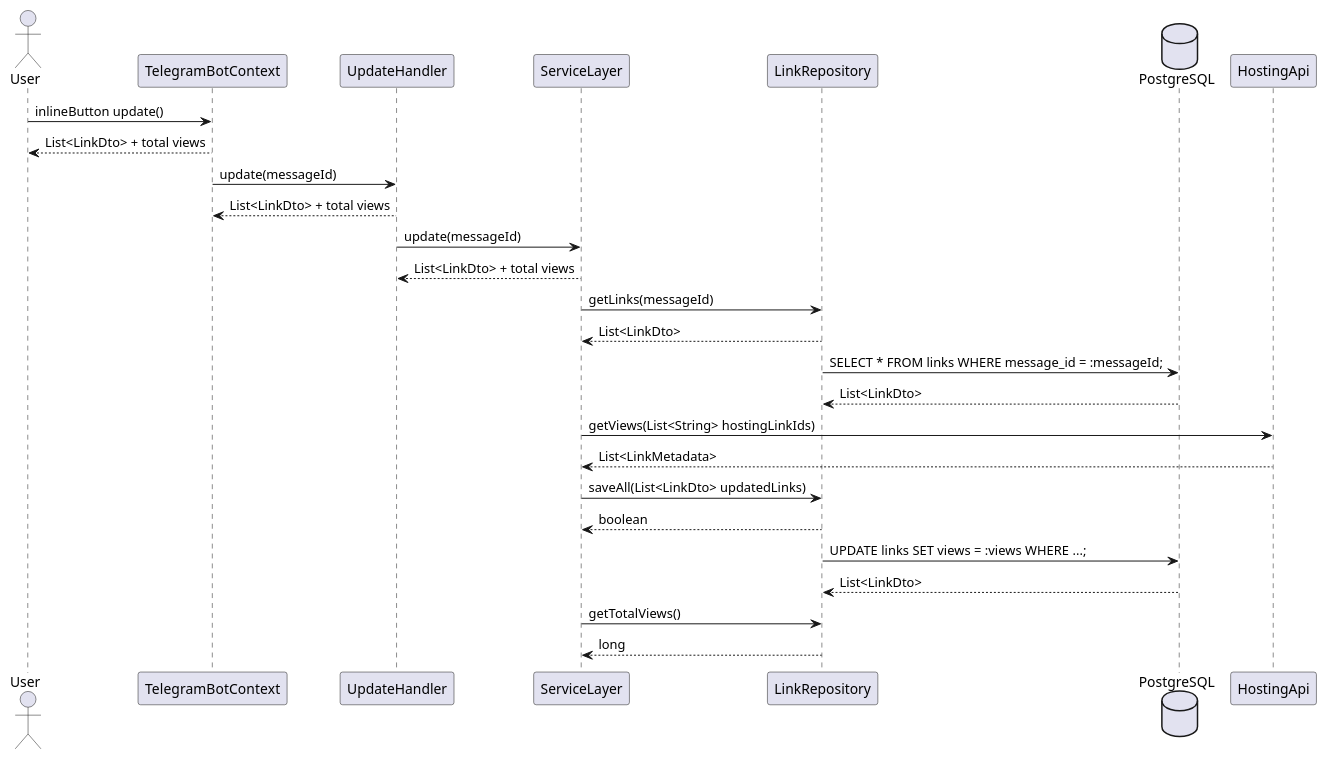
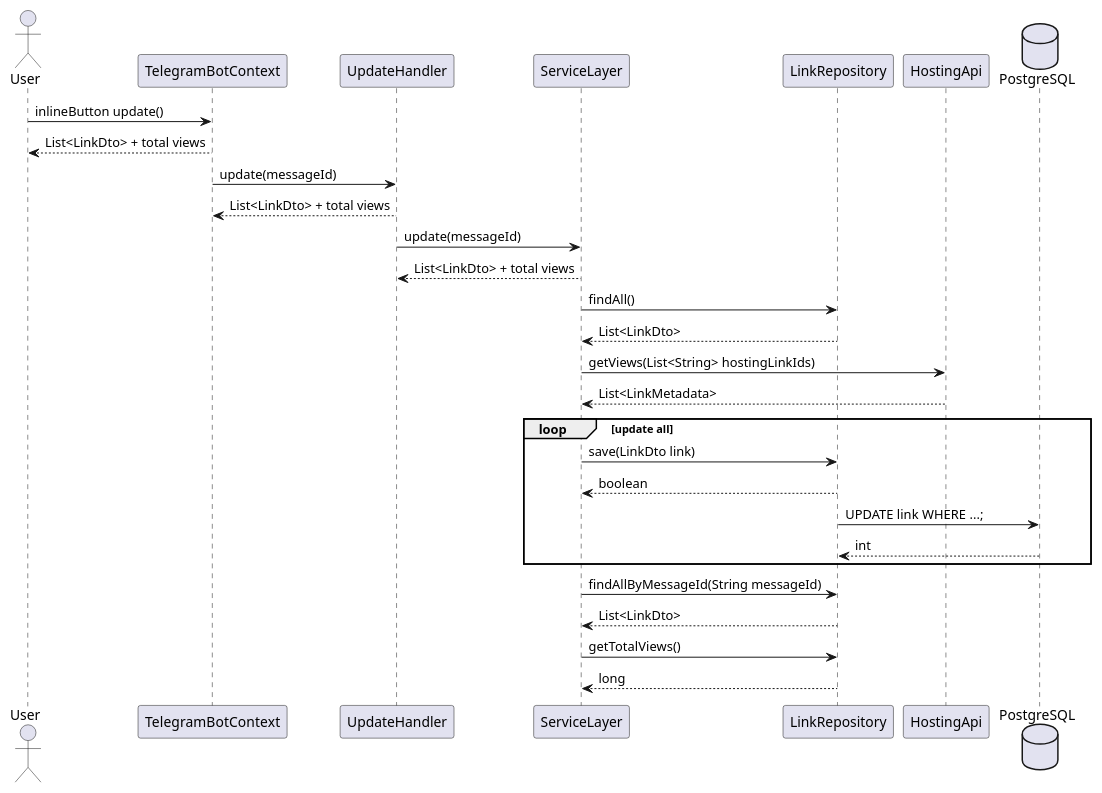
The diagram in src/main/resources/update.puml (dfedorino/statflux), drawn with PlantUML before and after one commit. The commit also changed 20 other files, not shown here.

```diff
--- a/src/main/resources/update.puml
+++ b/src/main/resources/update.puml
@@ -1,33 +1,37 @@
 @startuml
 actor User
 
 User -> TelegramBotContext : inlineButton update()
 return List<LinkDto> + total views
 
 TelegramBotContext -> UpdateHandler : update(messageId)
 return List<LinkDto> + total views
 
 UpdateHandler -> ServiceLayer : update(messageId)
 return List<LinkDto> + total views
 
-ServiceLayer -> LinkRepository : getLinks(messageId)
-return List<LinkDto>
-
-database PostgreSQL
-
-LinkRepository -> PostgreSQL : SELECT * FROM links WHERE message_id = :messageId;
+ServiceLayer -> LinkRepository : findAll()
 return List<LinkDto>
 
 ServiceLayer -> HostingApi : getViews(List<String> hostingLinkIds)
 return List<LinkMetadata>
 
-ServiceLayer -> LinkRepository : saveAll(List<LinkDto> updatedLinks)
+loop update all
+
+ServiceLayer -> LinkRepository : save(LinkDto link)
 return boolean
 
-LinkRepository -> PostgreSQL : UPDATE links SET views = :views WHERE ...;
+database PostgreSQL
+
+LinkRepository -> PostgreSQL : UPDATE link WHERE ...;
+return int
+
+end
+
+ServiceLayer -> LinkRepository : findAllByMessageId(String messageId)
 return List<LinkDto>
 
 ServiceLayer -> LinkRepository : getTotalViews()
 return long
 
 @enduml
```
